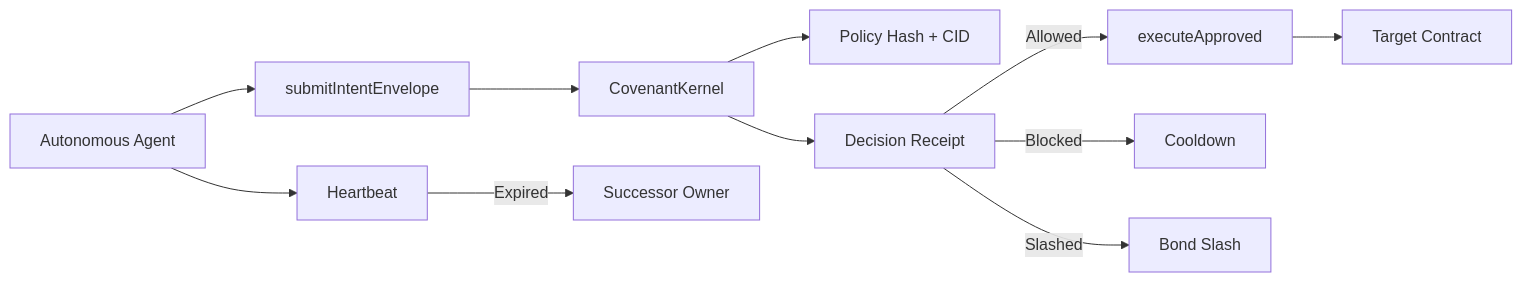
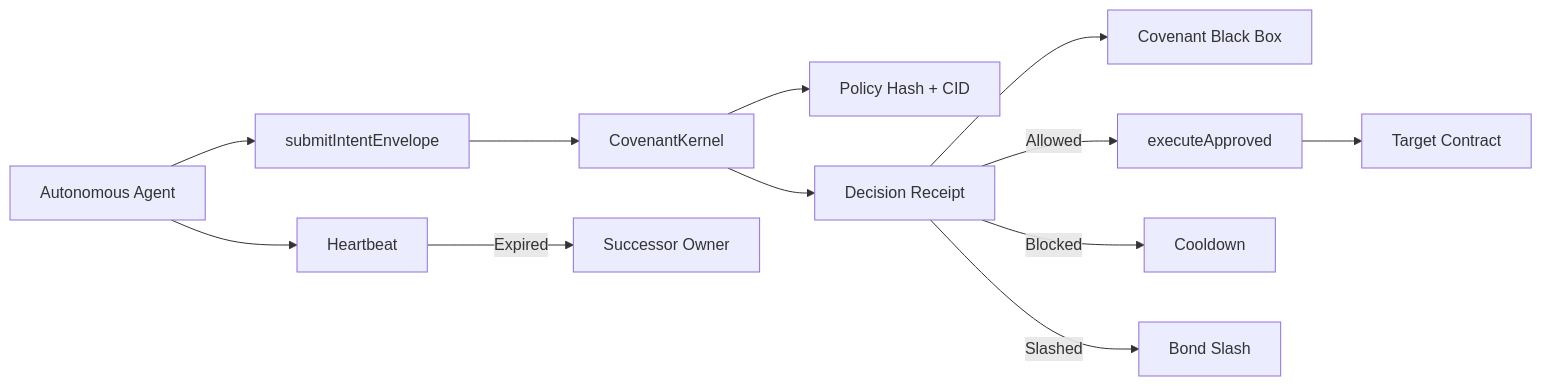
One commit to aspro45/Ritual_Covenant changed the diagram in README.md. Above: the diagram before and after it, drawn with Mermaid. The commit also changed other lines of this file and 2 other files, not shown here.

Commit message:
Add Covenant Black Box recorder

````diff
--- a/README.md
+++ b/README.md
@@ -64,13 +65,14 @@
 ```mermaid
 flowchart LR
   Agent["Autonomous Agent"] --> Intent["submitIntentEnvelope"]
   Intent --> Kernel["CovenantKernel"]
   Kernel --> Policy["Policy Hash + CID"]
   Kernel --> Receipt["Decision Receipt"]
+  Receipt --> BlackBox["Covenant Black Box"]
   Receipt -->|Allowed| Execute["executeApproved"]
   Execute --> Sink["Target Contract"]
   Receipt -->|Blocked| Cooldown["Cooldown"]
   Receipt -->|Slashed| Bond["Bond Slash"]
   Agent --> Heartbeat["Heartbeat"]
   Heartbeat -->|Expired| Successor["Successor Owner"]
 ```
````
